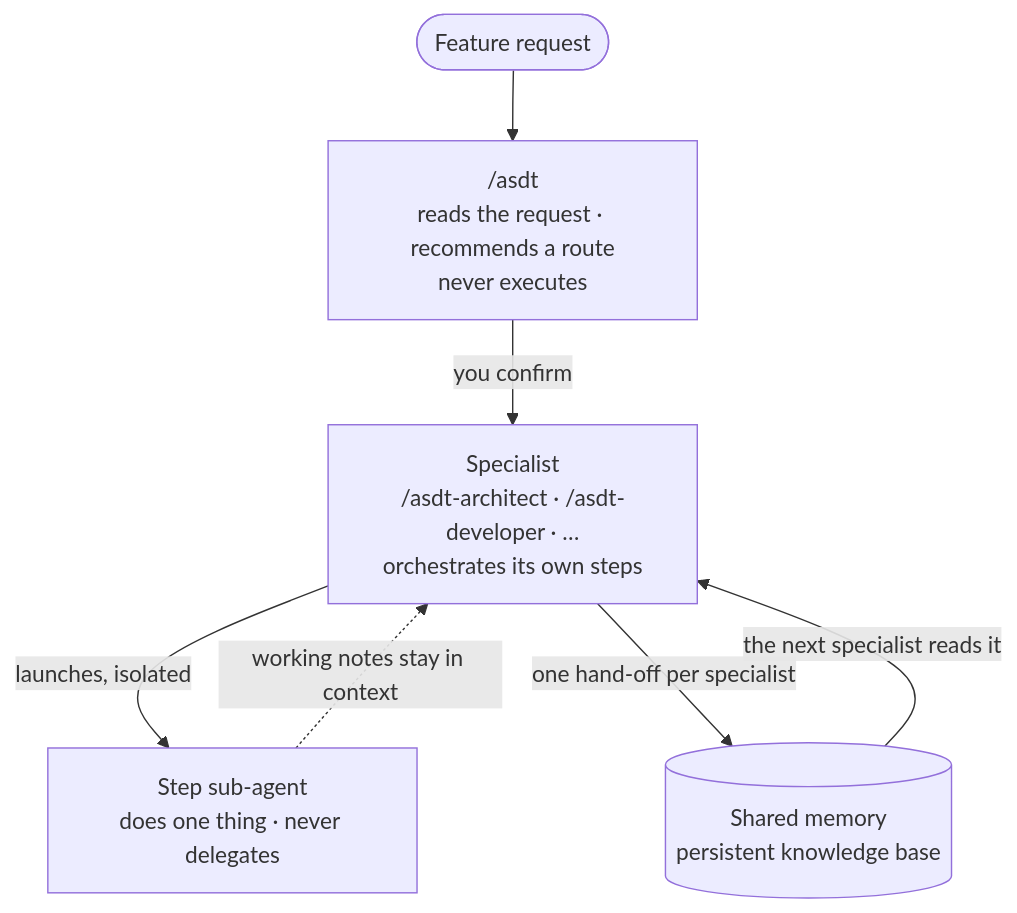
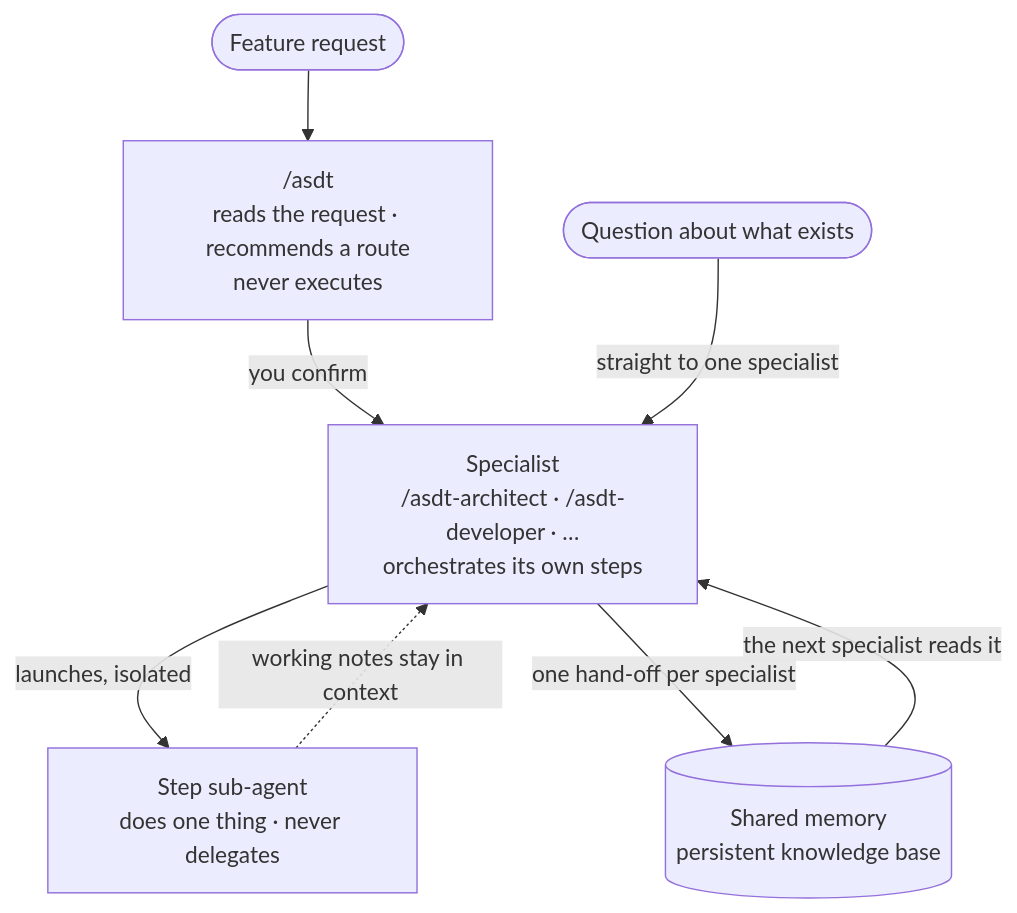
The diagram in README.md (vitualizz/asdt), drawn with Mermaid before and after one commit. The commit also changed other lines of this file and 23 other files, not shown here.

````diff
--- a/README.md
+++ b/README.md
@@ -71,12 +87,14 @@
 ```mermaid
 flowchart TD
     req([Feature request]) --> asdt
     asdt["/asdt\nreads the request · recommends a route\nnever executes"]
     asdt -->|you confirm| specialists
     specialists["Specialist\n/asdt-architect · /asdt-developer · …\norchestrates its own steps"]
     specialists -->|launches, isolated| steps
     steps["Step sub-agent\ndoes one thing · never delegates"]
     steps -.->|working notes stay in context| specialists
     specialists -->|one hand-off per specialist| engram[(Shared memory\npersistent knowledge base)]
     engram -->|the next specialist reads it| specialists
+
+    ask([Question about what exists]) -->|straight to one specialist| specialists
 ```
````
